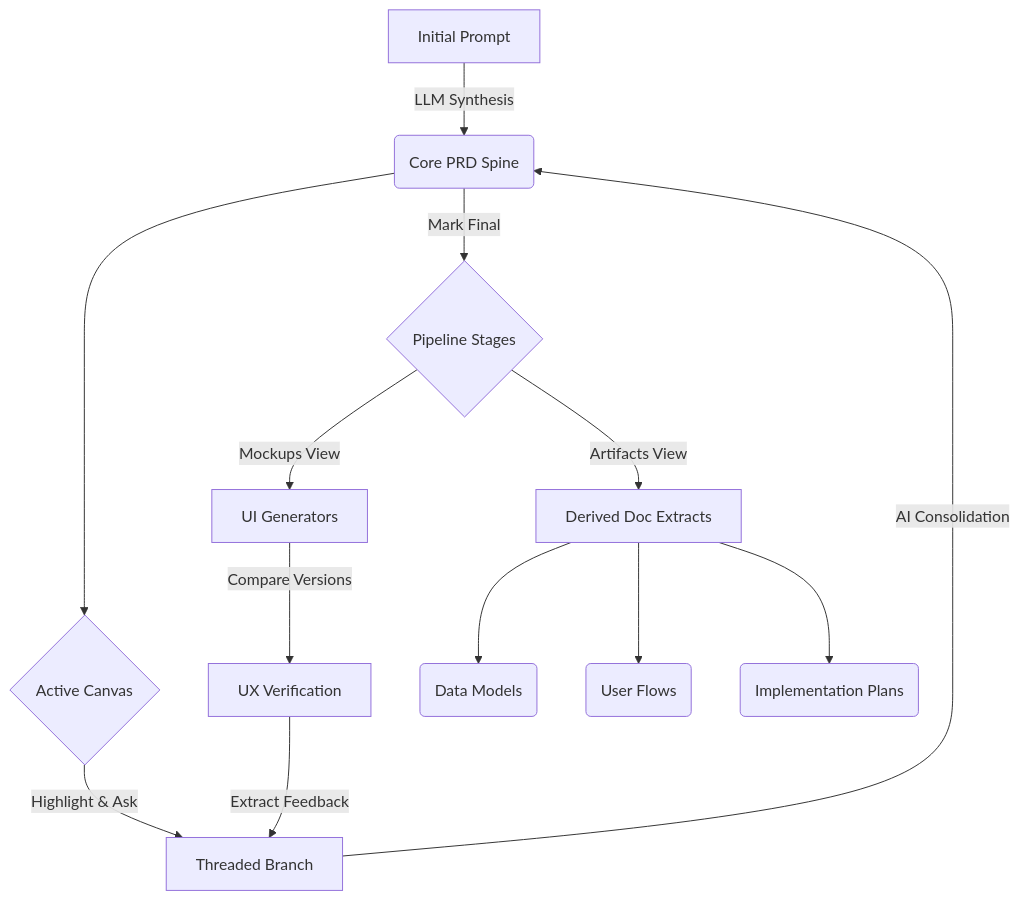
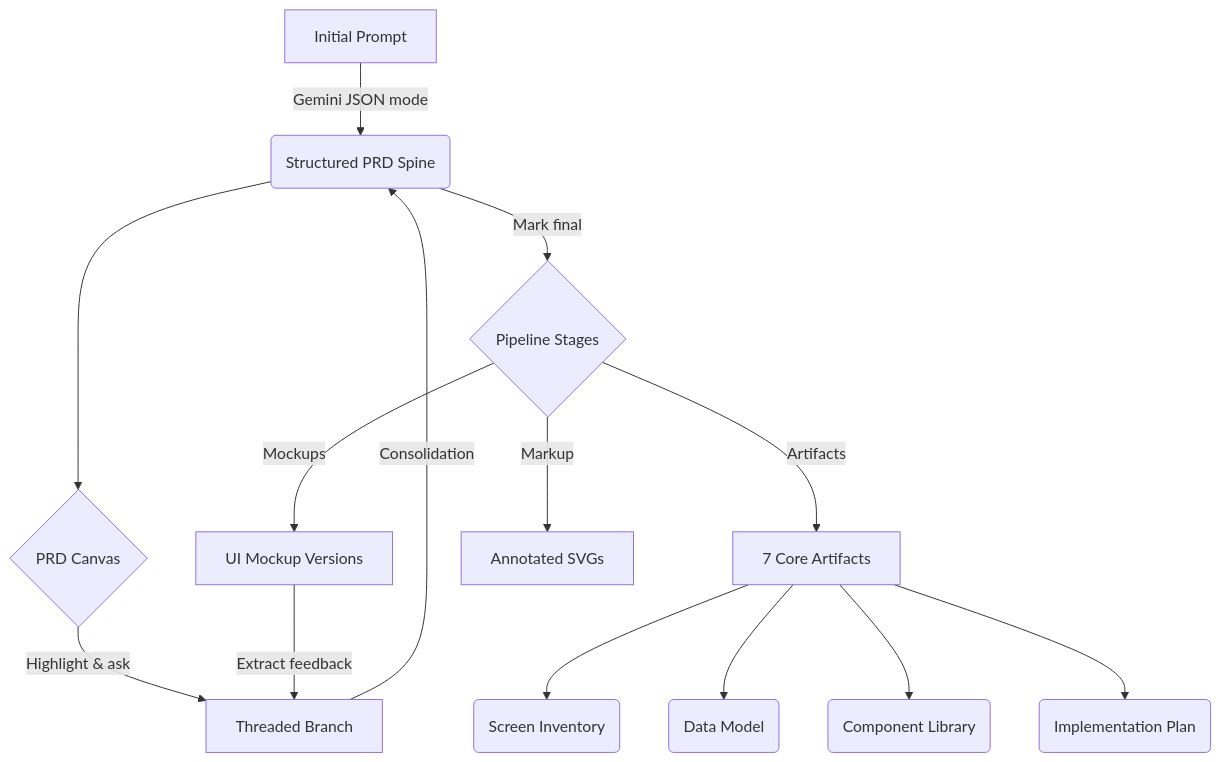
Before and after one commit to TGALLOWAY1/Synapse: the diagram in README.md, drawn with Mermaid. The commit also changed other lines of this file and 1 other file, not shown here.

````diff
--- a/README.md
+++ b/README.md
@@ -68,17 +100,19 @@
 ```mermaid
 graph TD
-    A[Initial Prompt] -->|LLM Synthesis| B(Core PRD Spine)
-    B --> C{Active Canvas}
-    C -->|Highlight & Ask| D[Threaded Branch]
-    D -->|AI Consolidation| B
-    
-    B -->|Mark Final| E{Pipeline Stages}
-    E -->|Mockups View| F[UI Generators]
-    F -->|Compare Versions| G[UX Verification]
-    G -->|Extract Feedback| D
-    
-    E -->|Artifacts View| H[Derived Doc Extracts]
-    H --> I(Data Models)
-    H --> J(User Flows)
-    H --> K(Implementation Plans)
+    A[Initial Prompt] -->|Gemini JSON mode| B(Structured PRD Spine)
+    B --> C{PRD Canvas}
+    C -->|Highlight & ask| D[Threaded Branch]
+    D -->|Consolidation| B
+
+    B -->|Mark final| E{Pipeline Stages}
+    E -->|Mockups| F[UI Mockup Versions]
+    F -->|Extract feedback| D
+
+    E -->|Artifacts| H[7 Core Artifacts]
+    E -->|Markup| I[Annotated SVGs]
+
+    H --> J(Screen Inventory)
+    H --> K(Data Model)
+    H --> L(Component Library)
+    H --> M(Implementation Plan)
 ```
````
